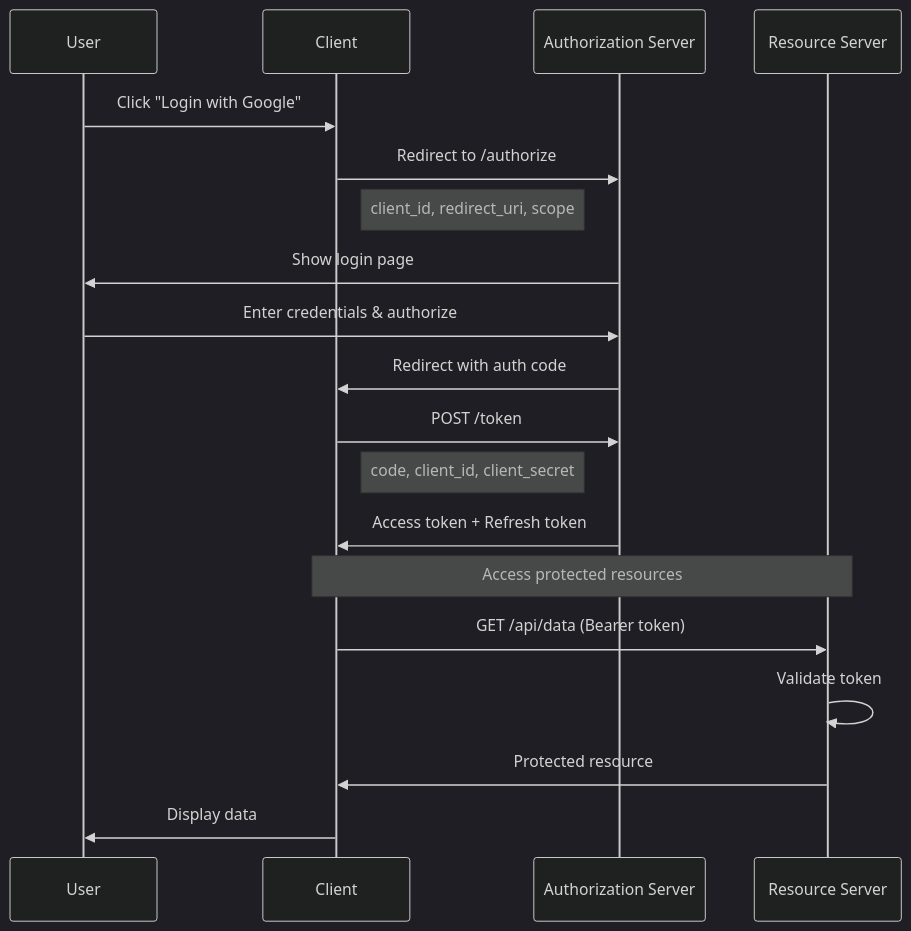
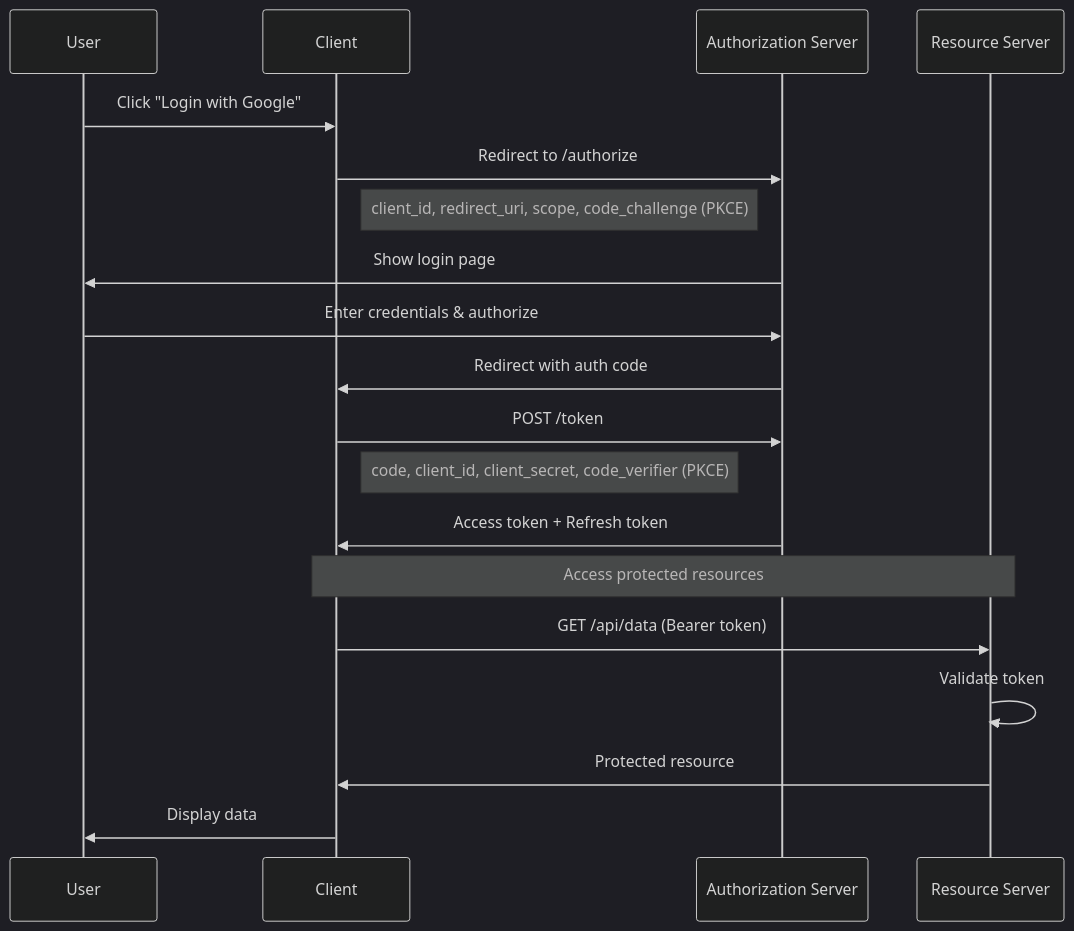
One commit to itohio/itohio.github.io changed the third of 3 diagrams in blog/content/snippets/auth/auth-methods.md. Above: the diagram before and after it, drawn with Mermaid (dark theme). The commit also changed 22 other files, not shown here.

````diff
--- a/blog/content/snippets/auth/auth-methods.md
+++ b/blog/content/snippets/auth/auth-methods.md
@@ -129,24 +129,24 @@
 ```mermaid
 sequenceDiagram
     participant User
     participant Client
     participant AuthServer as Authorization Server
     participant ResourceServer as Resource Server
     
     User->>Client: Click "Login with Google"
     Client->>AuthServer: Redirect to /authorize
-    Note right of Client: client_id, redirect_uri, scope
+    Note right of Client: client_id, redirect_uri, scope, code_challenge (PKCE)
     AuthServer->>User: Show login page
     User->>AuthServer: Enter credentials & authorize
     AuthServer->>Client: Redirect with auth code
     Client->>AuthServer: POST /token
-    Note right of Client: code, client_id, client_secret
+    Note right of Client: code, client_id, client_secret, code_verifier (PKCE)
     AuthServer->>Client: Access token + Refresh token
     
     Note over Client,ResourceServer: Access protected resources
     
     Client->>ResourceServer: GET /api/data (Bearer token)
     ResourceServer->>ResourceServer: Validate token
     ResourceServer->>Client: Protected resource
     Client->>User: Display data
 ```
````
